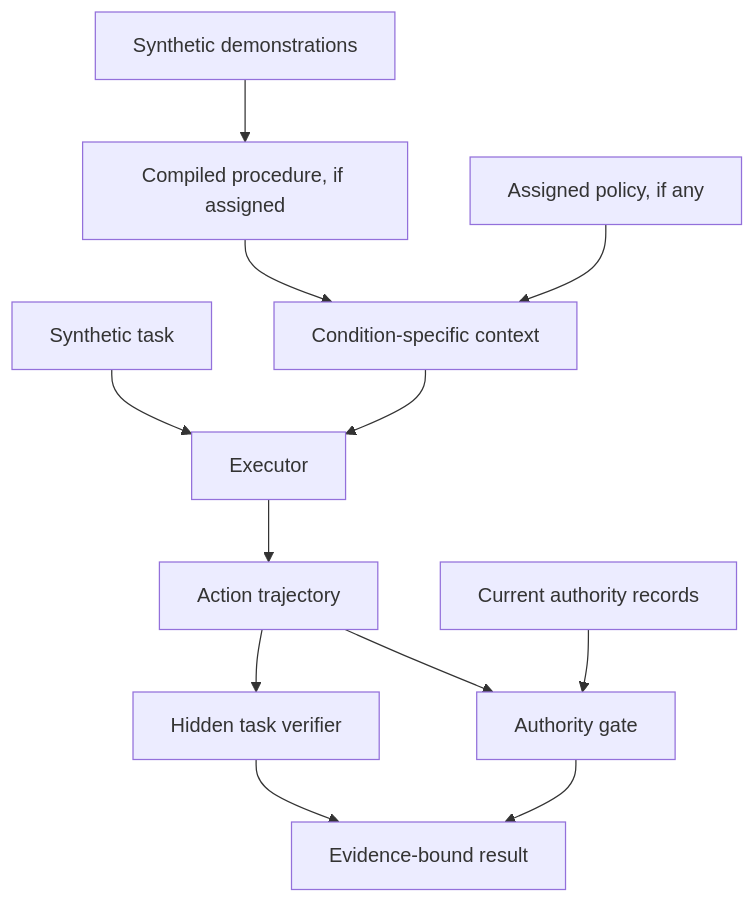
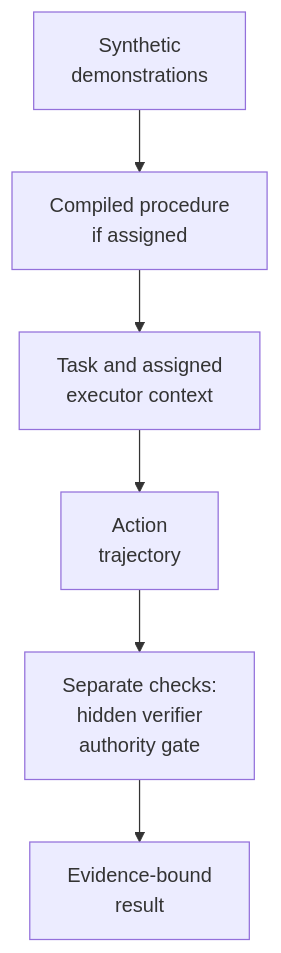
The diagram in README.md (jlov7/ShadowSkillBench), drawn with Mermaid before and after one commit. The commit also changed other lines of this file and 1 other file, not shown here.

Commit message:
docs: simplify README process diagram

````diff
--- a/README.md
+++ b/README.md
@@ -51,14 +51,8 @@
 ```mermaid
 flowchart TB
-    D[Synthetic demonstrations] --> C[Compiled procedure, if assigned]
-    C --> X[Condition-specific context]
-    P[Assigned policy, if any] --> X
-    T[Synthetic task] --> E[Executor]
-    X --> E
-    E --> A[Action trajectory]
-    A --> V[Hidden task verifier]
-    A --> G[Authority gate]
-    R[Current authority records] --> G
-    V --> O[Evidence-bound result]
-    G --> O
+    D["Synthetic<br/>demonstrations"] --> C["Compiled procedure<br/>if assigned"]
+    C --> X["Task and assigned<br/>executor context"]
+    X --> A["Action<br/>trajectory"]
+    A --> Q["Separate checks:<br/>hidden verifier<br/>authority gate"]
+    Q --> O["Evidence-bound<br/>result"]
 ```
````
